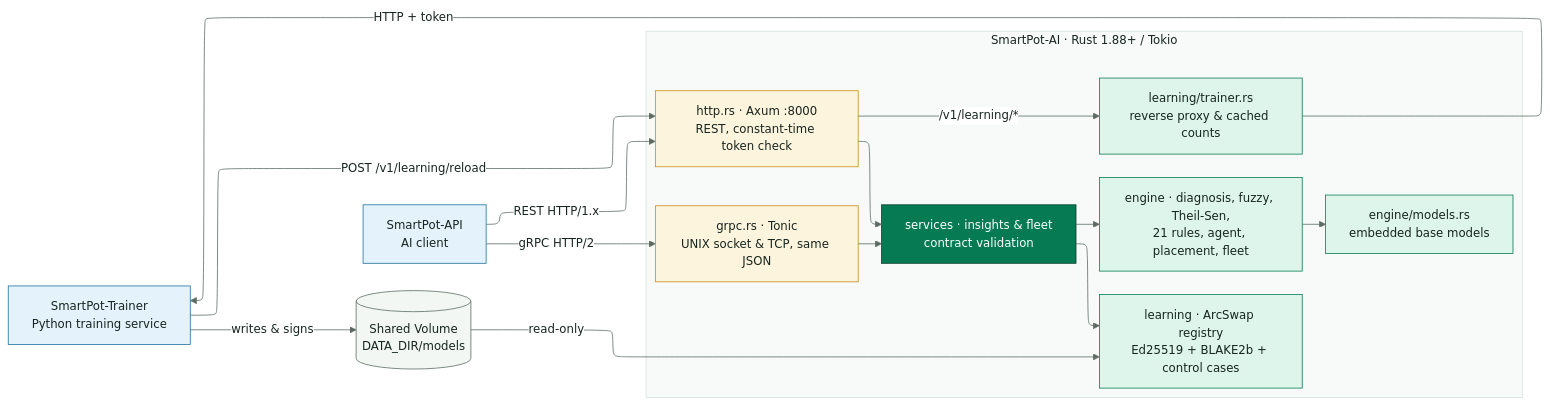
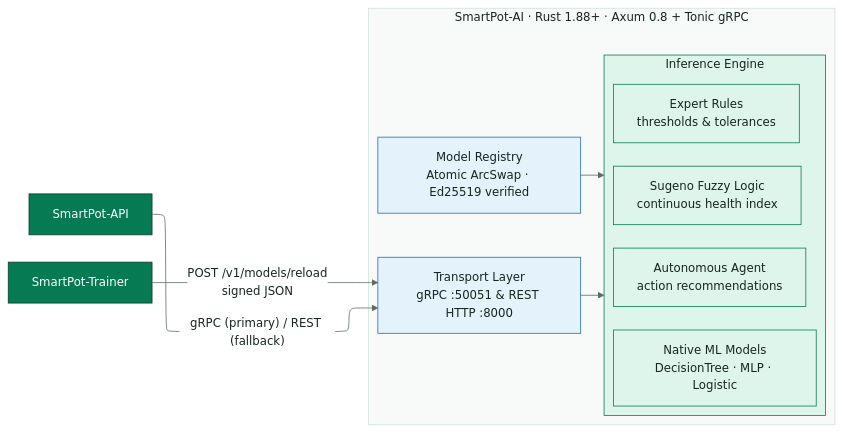
Before and after one commit to SmartPotTech/SmartPot-AI: the first of 3 diagrams in docs/SmartPot_IA_Rust_Documentation.md, drawn with Mermaid. The commit also changed other lines of this file and 11 other files, not shown here.

Commit message:
docs(specs): synchronize 100% english documentation, diagrams, and formal deliverables

````diff
--- a/docs/SmartPot_IA_Rust_Documentation.md
+++ b/docs/SmartPot_IA_Rust_Documentation.md
@@ -42,39 +48,29 @@
 ```mermaid
 %%{init: {"theme": "base", "fontFamily": "Segoe UI, Arial, sans-serif", "themeVariables": {"fontFamily": "Segoe UI, Arial, sans-serif", "fontSize": "15px", "primaryColor": "#DDF5EA", "primaryTextColor": "#17261F", "primaryBorderColor": "#067A52", "secondaryColor": "#E3F2FB", "secondaryTextColor": "#17261F", "secondaryBorderColor": "#1F6FA0", "tertiaryColor": "#F2F7F4", "tertiaryTextColor": "#17261F", "tertiaryBorderColor": "#D5E3DC", "lineColor": "#5B6B63", "textColor": "#17261F", "mainBkg": "#DDF5EA", "nodeBorder": "#067A52", "clusterBkg": "#F7FAF8", "clusterBorder": "#D5E3DC", "edgeLabelBackground": "#FFFFFF", "actorBkg": "#067A52", "actorBorder": "#0B3D2B", "actorTextColor": "#FFFFFF", "actorLineColor": "#5B6B63", "signalColor": "#17261F", "signalTextColor": "#17261F", "labelBoxBkgColor": "#0B3D2B", "labelBoxBorderColor": "#0B3D2B", "labelTextColor": "#FFFFFF", "loopTextColor": "#0B3D2B", "noteBkgColor": "#FDF4DD", "noteBorderColor": "#C98D12", "noteTextColor": "#17261F", "activationBkgColor": "#DDF5EA", "activationBorderColor": "#067A52", "attributeBackgroundColorOdd": "#FFFFFF", "attributeBackgroundColorEven": "#F2F7F4"}, "layout": "elk", "elk": {"nodePlacementStrategy": "BRANDES_KOEPF", "mergeEdges": false, "cycleBreakingStrategy": "GREEDY"}}}%%
 flowchart LR
-  api["SmartPot-API<br/>AI client"]
-  trainer["SmartPot-Trainer<br/>Python training service"]
-  shared[("Shared Volume<br/>DATA_DIR/models")]
-  subgraph ia["SmartPot-AI · Rust 1.88+ / Tokio"]
+  api["SmartPot-API"]
+  trainer["SmartPot-Trainer"]
+  subgraph ai["SmartPot-AI · Rust 1.88+ · Axum 0.8 + Tonic gRPC"]
     direction TB
-    rest["http.rs · Axum :8000<br/>REST, constant-time token check"]
-    grpc["grpc.rs · Tonic<br/>UNIX socket & TCP, same JSON"]
-    services["services · insights & fleet<br/>contract validation"]
-    engine["engine · diagnosis, fuzzy, Theil-Sen,<br/>21 rules, agent, placement, fleet"]
-    base["engine/models.rs<br/>embedded base models"]
-    learned["learning · ArcSwap registry<br/>Ed25519 + BLAKE2b + control cases"]
-    proxy["learning/trainer.rs<br/>reverse proxy & cached counts"]
+    transport["Transport Layer<br/>gRPC :50051 & REST HTTP :8000"]
+    subgraph core["Inference Engine"]
+      direction TB
+      expert["Expert Rules<br/>thresholds & tolerances"]
+      fuzzy["Sugeno Fuzzy Logic<br/>continuous health index"]
+      nativeml["Native ML Models<br/>DecisionTree · MLP · Logistic"]
+      agent["Autonomous Agent<br/>action recommendations"]
+    end
+    store["Model Registry<br/>Atomic ArcSwap · Ed25519 verified"]
   end
-  api -->|"REST HTTP/1.x"| rest
-  api -->|"gRPC HTTP/2"| grpc
-  rest & grpc --> services
-  services --> engine
-  engine --> base
-  services --> learned
-  rest -->|"/v1/learning/*"| proxy
-  proxy -->|"HTTP + token"| trainer
-  trainer -->|"writes & signs"| shared
-  trainer -->|"POST /v1/learning/reload"| rest
-  shared -->|"read-only"| learned
+  api -->|"gRPC (primary) / REST (fallback)"| transport
+  trainer -->|"POST /v1/models/reload<br/>signed JSON"| transport
+  transport --> core
+  store --> core
   classDef leaf fill:#DDF5EA,stroke:#067A52,color:#17261F
   classDef water fill:#E3F2FB,stroke:#1F6FA0,color:#17261F
-  classDef sun fill:#FDF4DD,stroke:#C98D12,color:#17261F
-  classDef clay fill:#FBE9E1,stroke:#B85A38,color:#17261F
   classDef core fill:#067A52,stroke:#0B3D2B,color:#FFFFFF
-  classDef muted fill:#F2F7F4,stroke:#5B6B63,color:#17261F
-  class api,trainer water
-  class shared muted
-  class rest,grpc sun
-  class services core
-  class engine,base,learned,proxy leaf
+  classDef deep fill:#0B3D2B,stroke:#06281C,color:#FFFFFF
+  class api,trainer core
+  class transport,store water
+  class core,expert,fuzzy,nativeml,agent leaf
 ```
````
